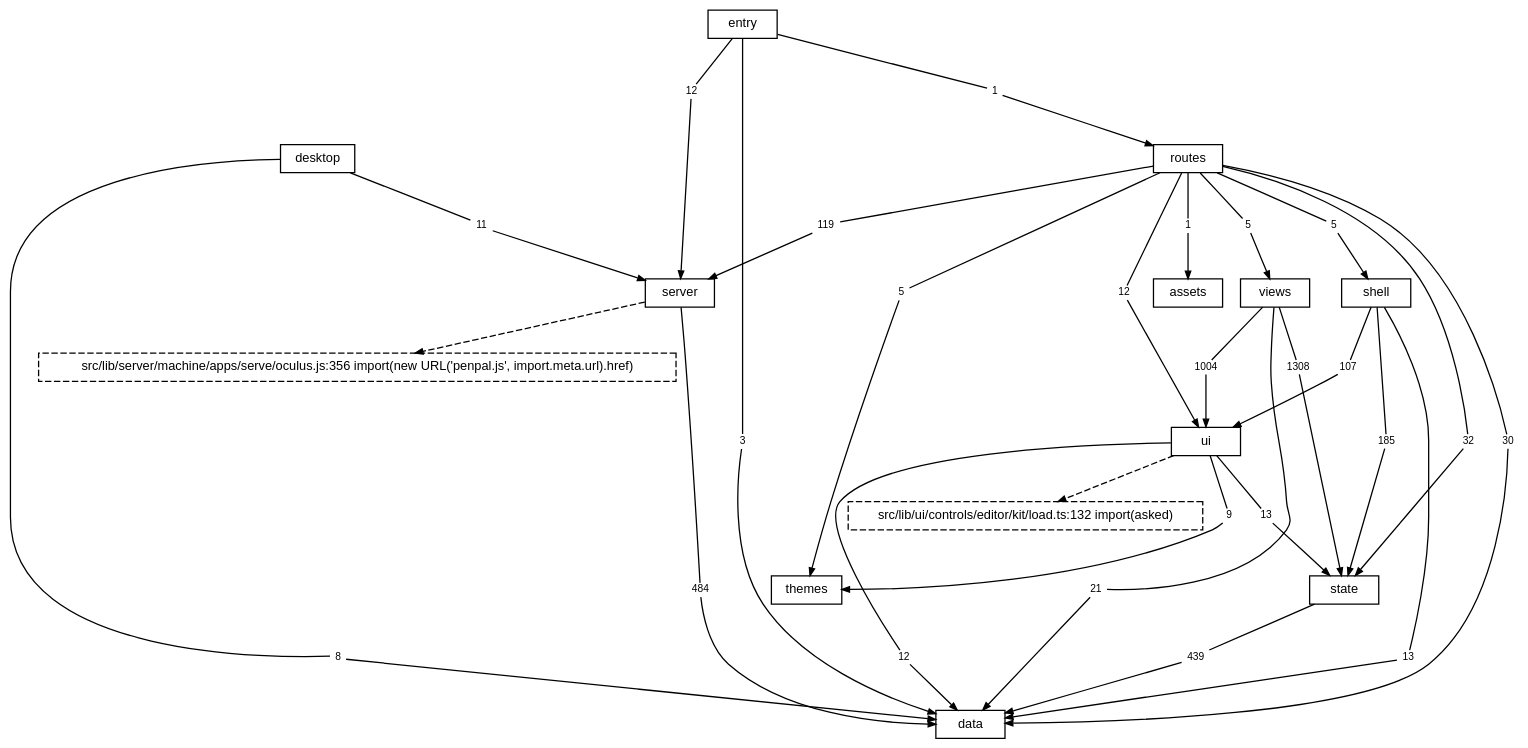
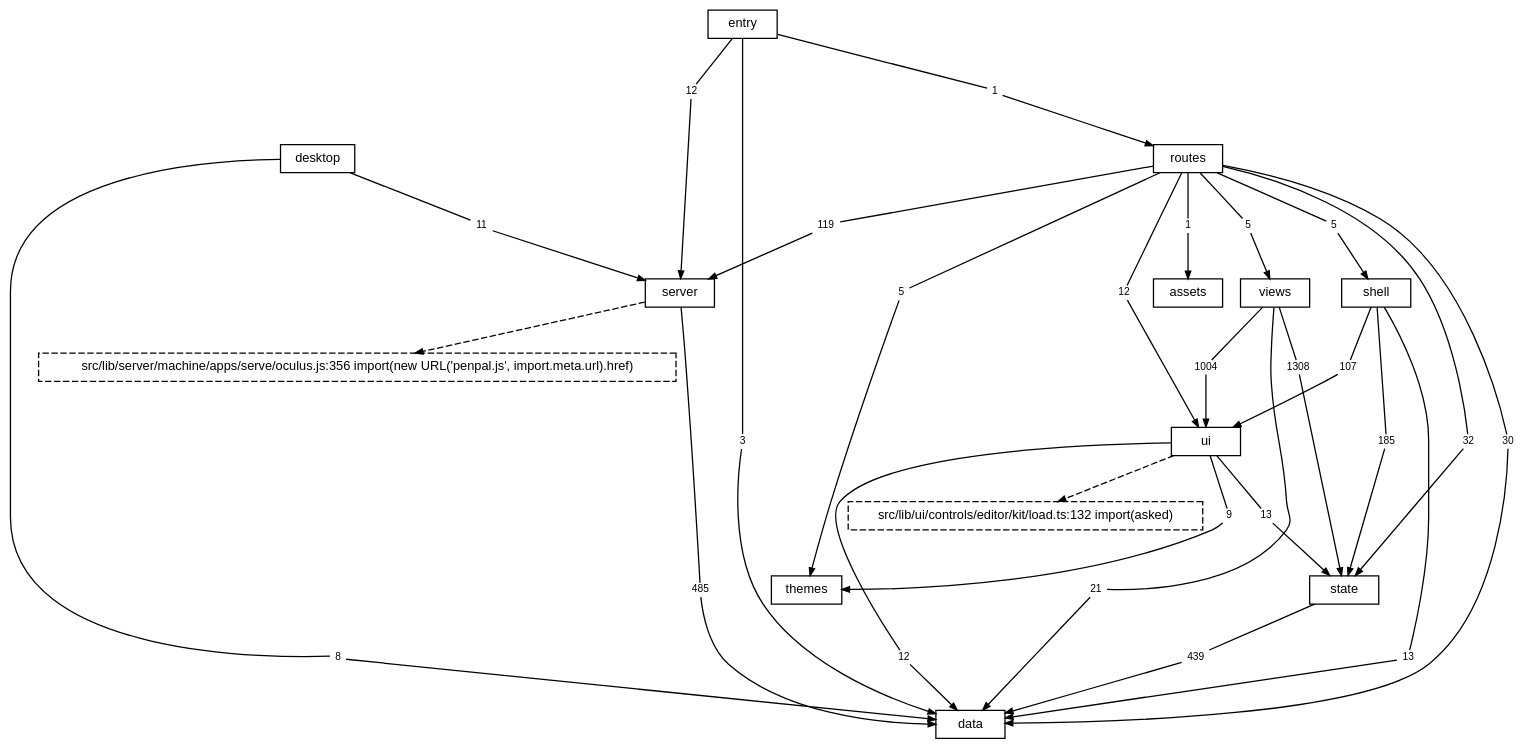
One commit to TheAxeC/oculus changed the diagram in docs/diagrams/layers.dot. Above: the diagram before and after it, drawn with Graphviz. The commit also changed 27 other files, not shown here.

```diff
--- a/docs/diagrams/layers.dot
+++ b/docs/diagrams/layers.dot
@@ -1,92 +1,92 @@
 digraph layers {
     graph [bgcolor="transparent", rankdir=TB, newrank=true, fontname="Helvetica", fontsize=12, nodesep=0.2, ranksep=0.5];
     node [shape=box, color="black", fontcolor="black", fontname="Helvetica", fontsize=10, height=0.3, margin="0.12,0.04"];
     edge [color="black", fontcolor="black", fontname="Helvetica", fontsize=8, arrowsize=0.6];
     "data";
     "server";
     "state";
     "ui";
     "shell";
     "views";
     "themes";
     "routes";
     "desktop";
     "src" [label="entry"];
     "files: assets" [label="assets"];
     "? src/lib/server/machine/apps/serve/oculus.js:356" [label="src/lib/server/machine/apps/serve/oculus.js:356 import(new URL('penpal.js', import.meta.url).href)", style=dashed];
     "? src/lib/ui/controls/editor/kit/load.ts:132" [label="src/lib/ui/controls/editor/kit/load.ts:132 import(asked)", style=dashed];
     "desktop to data" [label="8", shape=box, color="transparent", fontsize=8, width=0, height=0, margin="0.04,0.02"];
     "desktop" -> "desktop to data" [arrowhead=none];
     "desktop to data" -> "data" [];
     "desktop to server" [label="11", shape=box, color="transparent", fontsize=8, width=0, height=0, margin="0.04,0.02"];
     "desktop" -> "desktop to server" [arrowhead=none];
     "desktop to server" -> "server" [];
     "routes to data" [label="30", shape=box, color="transparent", fontsize=8, width=0, height=0, margin="0.04,0.02"];
     "routes" -> "routes to data" [arrowhead=none];
     "routes to data" -> "data" [];
     "routes to files: assets" [label="1", shape=box, color="transparent", fontsize=8, width=0, height=0, margin="0.04,0.02"];
     "routes" -> "routes to files: assets" [arrowhead=none];
     "routes to files: assets" -> "files: assets" [];
     "routes to server" [label="119", shape=box, color="transparent", fontsize=8, width=0, height=0, margin="0.04,0.02"];
     "routes" -> "routes to server" [arrowhead=none];
     "routes to server" -> "server" [];
     "routes to shell" [label="5", shape=box, color="transparent", fontsize=8, width=0, height=0, margin="0.04,0.02"];
     "routes" -> "routes to shell" [arrowhead=none];
     "routes to shell" -> "shell" [];
     "routes to state" [label="32", shape=box, color="transparent", fontsize=8, width=0, height=0, margin="0.04,0.02"];
     "routes" -> "routes to state" [arrowhead=none];
     "routes to state" -> "state" [];
     "routes to themes" [label="5", shape=box, color="transparent", fontsize=8, width=0, height=0, margin="0.04,0.02"];
     "routes" -> "routes to themes" [arrowhead=none];
     "routes to themes" -> "themes" [];
     "routes to ui" [label="12", shape=box, color="transparent", fontsize=8, width=0, height=0, margin="0.04,0.02"];
     "routes" -> "routes to ui" [arrowhead=none];
     "routes to ui" -> "ui" [];
     "routes to views" [label="5", shape=box, color="transparent", fontsize=8, width=0, height=0, margin="0.04,0.02"];
     "routes" -> "routes to views" [arrowhead=none];
     "routes to views" -> "views" [];
-    "server to data" [label="484", shape=box, color="transparent", fontsize=8, width=0, height=0, margin="0.04,0.02"];
+    "server to data" [label="485", shape=box, color="transparent", fontsize=8, width=0, height=0, margin="0.04,0.02"];
     "server" -> "server to data" [arrowhead=none];
     "server to data" -> "data" [];
     "shell to data" [label="13", shape=box, color="transparent", fontsize=8, width=0, height=0, margin="0.04,0.02"];
     "shell" -> "shell to data" [arrowhead=none];
     "shell to data" -> "data" [];
     "shell to state" [label="185", shape=box, color="transparent", fontsize=8, width=0, height=0, margin="0.04,0.02"];
     "shell" -> "shell to state" [arrowhead=none];
     "shell to state" -> "state" [];
     "shell to ui" [label="107", shape=box, color="transparent", fontsize=8, width=0, height=0, margin="0.04,0.02"];
     "shell" -> "shell to ui" [arrowhead=none];
     "shell to ui" -> "ui" [];
     "src to data" [label="3", shape=box, color="transparent", fontsize=8, width=0, height=0, margin="0.04,0.02"];
     "src" -> "src to data" [arrowhead=none];
     "src to data" -> "data" [];
     "src to routes" [label="1", shape=box, color="transparent", fontsize=8, width=0, height=0, margin="0.04,0.02"];
     "src" -> "src to routes" [arrowhead=none];
     "src to routes" -> "routes" [];
     "src to server" [label="12", shape=box, color="transparent", fontsize=8, width=0, height=0, margin="0.04,0.02"];
     "src" -> "src to server" [arrowhead=none];
     "src to server" -> "server" [];
     "state to data" [label="439", shape=box, color="transparent", fontsize=8, width=0, height=0, margin="0.04,0.02"];
     "state" -> "state to data" [arrowhead=none];
     "state to data" -> "data" [];
     "ui to data" [label="12", shape=box, color="transparent", fontsize=8, width=0, height=0, margin="0.04,0.02"];
     "ui" -> "ui to data" [arrowhead=none];
     "ui to data" -> "data" [];
     "ui to state" [label="13", shape=box, color="transparent", fontsize=8, width=0, height=0, margin="0.04,0.02"];
     "ui" -> "ui to state" [arrowhead=none];
     "ui to state" -> "state" [];
     "ui to themes" [label="9", shape=box, color="transparent", fontsize=8, width=0, height=0, margin="0.04,0.02"];
     "ui" -> "ui to themes" [arrowhead=none];
     "ui to themes" -> "themes" [];
     "views to data" [label="21", shape=box, color="transparent", fontsize=8, width=0, height=0, margin="0.04,0.02"];
     "views" -> "views to data" [arrowhead=none];
     "views to data" -> "data" [];
     "views to state" [label="1308", shape=box, color="transparent", fontsize=8, width=0, height=0, margin="0.04,0.02"];
     "views" -> "views to state" [arrowhead=none];
     "views to state" -> "state" [];
     "views to ui" [label="1004", shape=box, color="transparent", fontsize=8, width=0, height=0, margin="0.04,0.02"];
     "views" -> "views to ui" [arrowhead=none];
     "views to ui" -> "ui" [];
     "server" -> "? src/lib/server/machine/apps/serve/oculus.js:356" [style=dashed];
     "ui" -> "? src/lib/ui/controls/editor/kit/load.ts:132" [style=dashed];
 }
```
